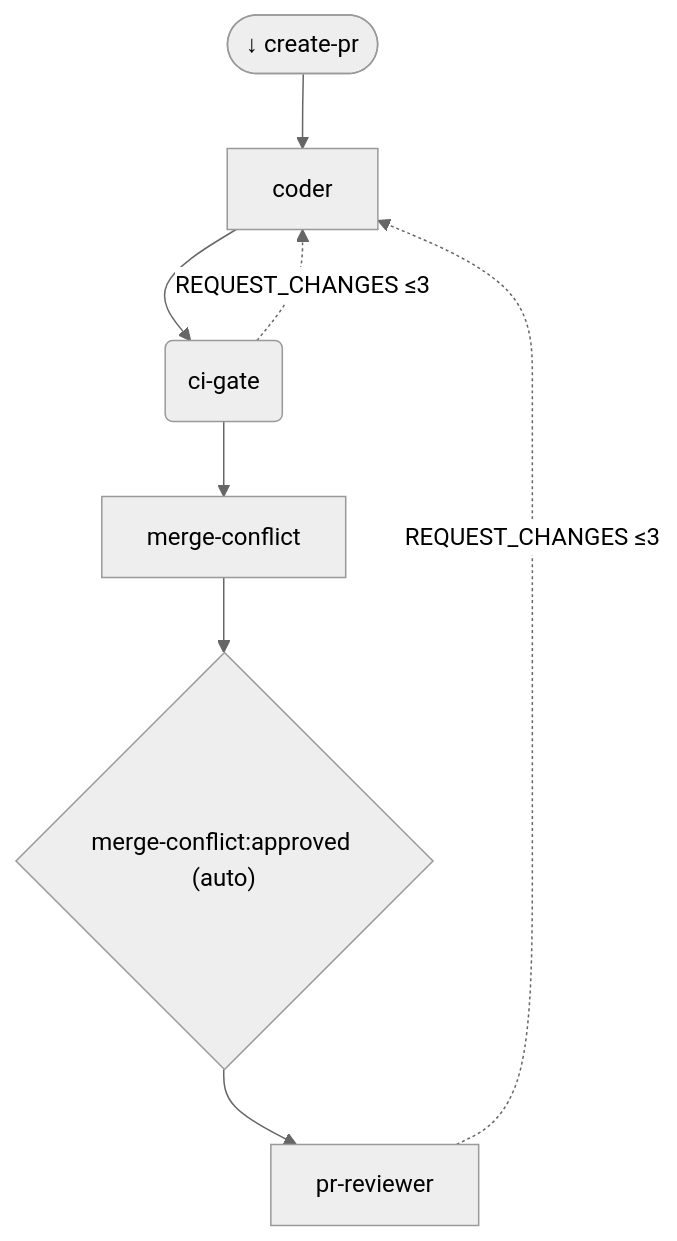
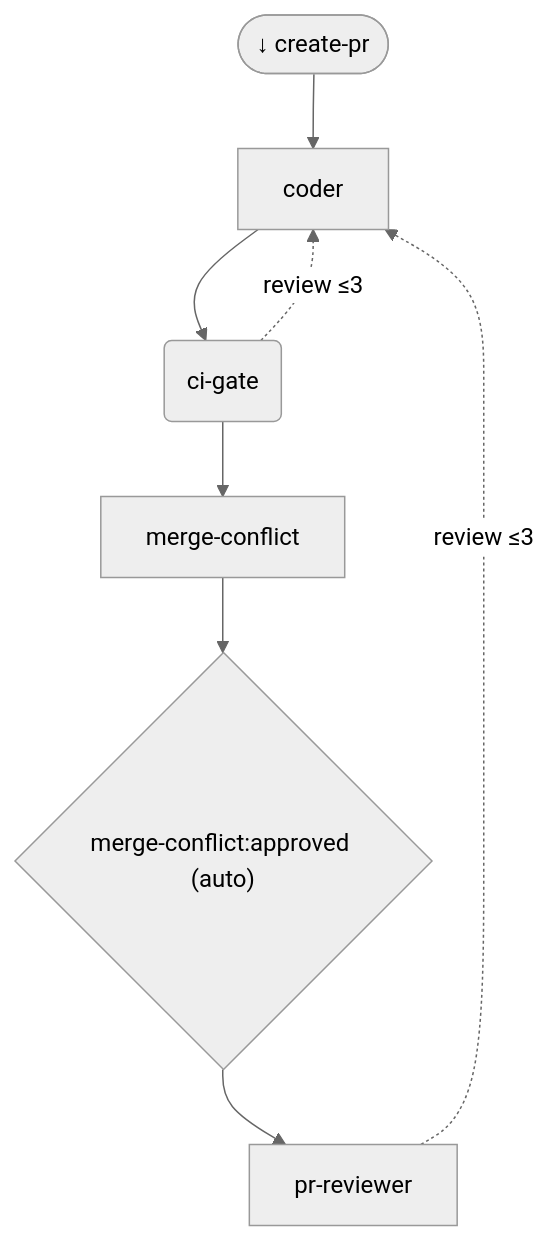
The diagram in docs/product/orchestrator/generated/phases/03_execute.mmd (M-A-Operating-System/ai-coding-standards2), drawn with Mermaid (neutral theme) before and after one commit. The commit also changed 4 other files, not shown here.

First line of the commit message:
Fix diagram generator now that ci-gate's review_loop is real, not hand-curated

```diff
--- a/docs/product/orchestrator/generated/phases/03_execute.mmd
+++ b/docs/product/orchestrator/generated/phases/03_execute.mmd
@@ -1,14 +1,14 @@
 flowchart TD
     n_01_product_docs__create_pr(["↓ create-pr"])
     n_03_execute__coder["coder"]
     n_03_execute__ci_gate("ci-gate")
     n_03_execute__merge_conflict["merge-conflict"]
     n_03_execute__pr_reviewer["pr-reviewer"]
     gate__n_03_execute__merge_conflict{"merge-conflict:approved (auto)"}
     n_03_execute__merge_conflict --> gate__n_03_execute__merge_conflict
     n_01_product_docs__create_pr --> n_03_execute__coder
     n_03_execute__coder --> n_03_execute__ci_gate
     n_03_execute__ci_gate --> n_03_execute__merge_conflict
     gate__n_03_execute__merge_conflict --> n_03_execute__pr_reviewer
-    n_03_execute__ci_gate -. REQUEST_CHANGES ≤3 .-> n_03_execute__coder
-    n_03_execute__pr_reviewer -. REQUEST_CHANGES ≤3 .-> n_03_execute__coder
+    n_03_execute__ci_gate -. review ≤3 .-> n_03_execute__coder
+    n_03_execute__pr_reviewer -. review ≤3 .-> n_03_execute__coder
```
